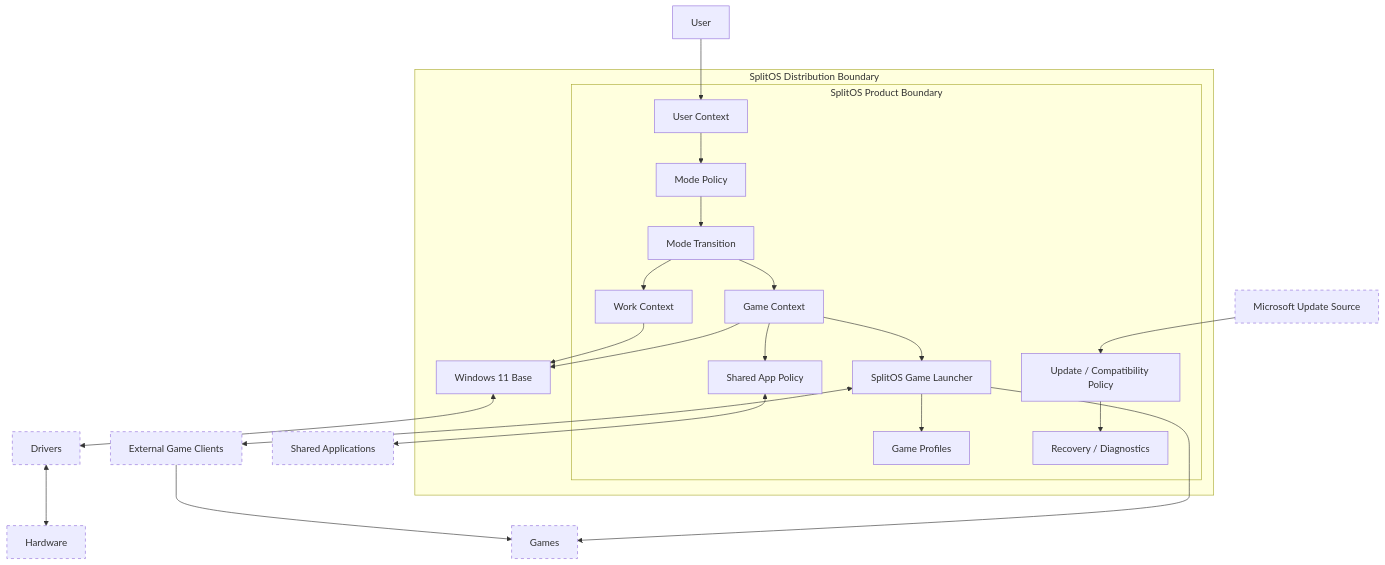
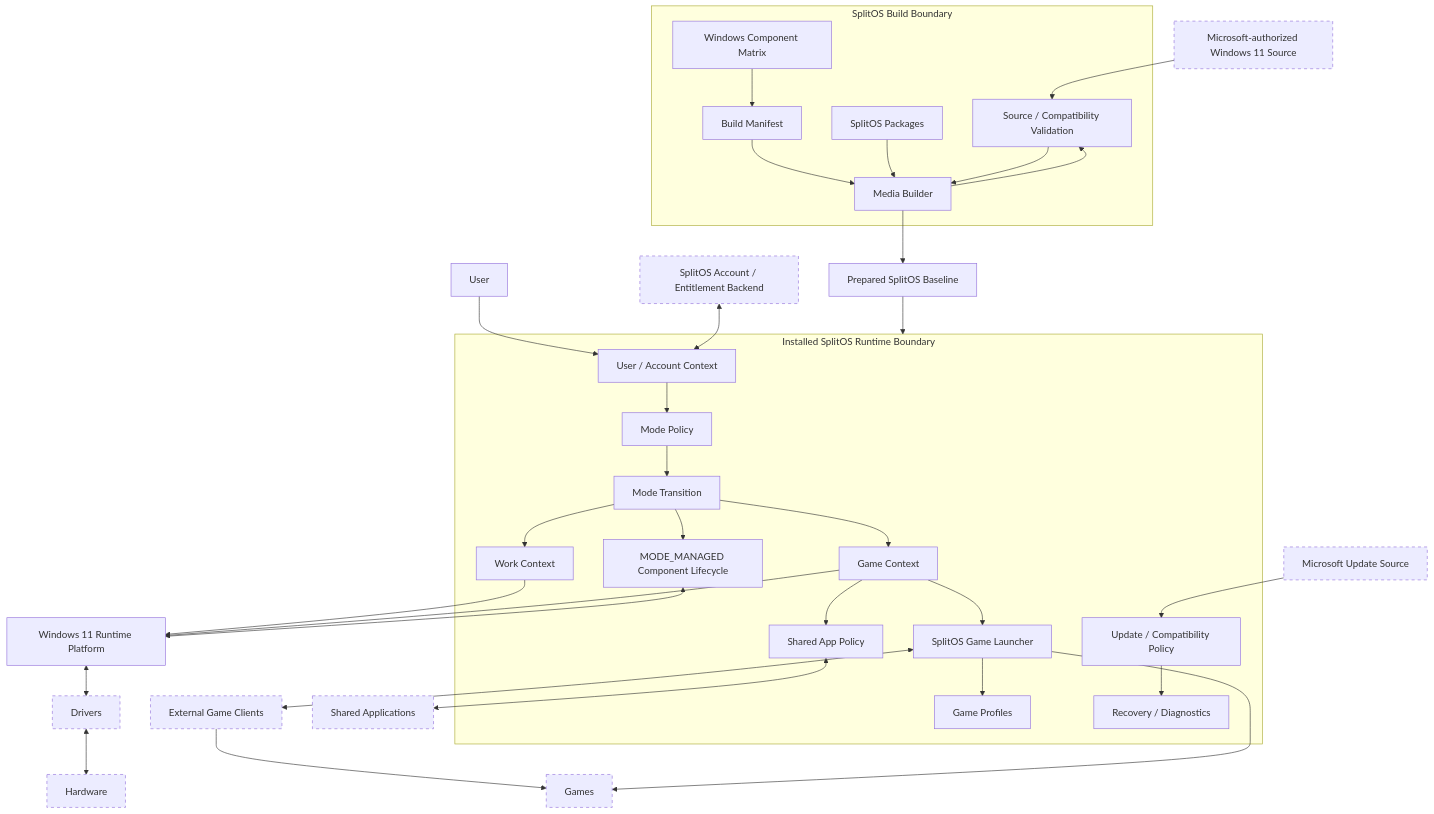
One commit to branch-danya-dev/SplitOS changed the diagram in 03-Analysis-and-Design/00-Boundaries/system-boundary.mmd. Above: the diagram before and after it, drawn with Mermaid.

Commit message:
analysis: update boundary diagram for builder model

```diff
--- a/03-Analysis-and-Design/00-Boundaries/system-boundary.mmd
+++ b/03-Analysis-and-Design/00-Boundaries/system-boundary.mmd
@@ -1,50 +1,73 @@
 flowchart TB
     U[User]
+    WS[Microsoft-authorized Windows 11 Source]
+    MS[Microsoft Update Source]
+    AB[SplitOS Account / Entitlement Backend]
 
-    subgraph SP[SplitOS Product Boundary]
-        UC[User Context]
+    subgraph BB[SplitOS Build Boundary]
+        MB[Media Builder]
+        BM[Build Manifest]
+        CM[Windows Component Matrix]
+        PKG[SplitOS Packages]
+        PV[Source / Compatibility Validation]
+
+        MB --> PV
+        BM --> MB
+        CM --> BM
+        PKG --> MB
+    end
+
+    WS --> PV
+
+    PB[Prepared SplitOS Baseline]
+    PV --> MB
+    MB --> PB
+
+    subgraph RB[Installed SplitOS Runtime Boundary]
+        UC[User / Account Context]
         MP[Mode Policy]
         MT[Mode Transition]
+        MC[MODE_MANAGED Component Lifecycle]
         WM[Work Context]
         GM[Game Context]
         GL[SplitOS Game Launcher]
         GP[Game Profiles]
         SAP[Shared App Policy]
         UP[Update / Compatibility Policy]
         RC[Recovery / Diagnostics]
 
         UC --> MP
         MP --> MT
+        MT --> MC
         MT --> WM
         MT --> GM
         GM --> GL
         GL --> GP
         GM --> SAP
         UP --> RC
     end
 
-    subgraph DB[SplitOS Distribution Boundary]
-        SP
-        W[Windows 11 Base]
-    end
+    PB --> RB
 
+    W[Windows 11 Runtime Platform]
     GC[External Game Clients]
     G[Games]
     A[Shared Applications]
     D[Drivers]
     H[Hardware]
-    MS[Microsoft Update Source]
 
     U --> UC
+    AB <--> UC
     WM --> W
     GM --> W
+    MC <--> W
     GL <--> GC
     GC --> G
     GL --> G
     SAP <--> A
     W <--> D
     D <--> H
     MS --> UP
 
     classDef external stroke-dasharray: 5 5
-    class GC,G,A,D,H,MS external
+    class WS,MS,AB,GC,G,A,D,H external
```
